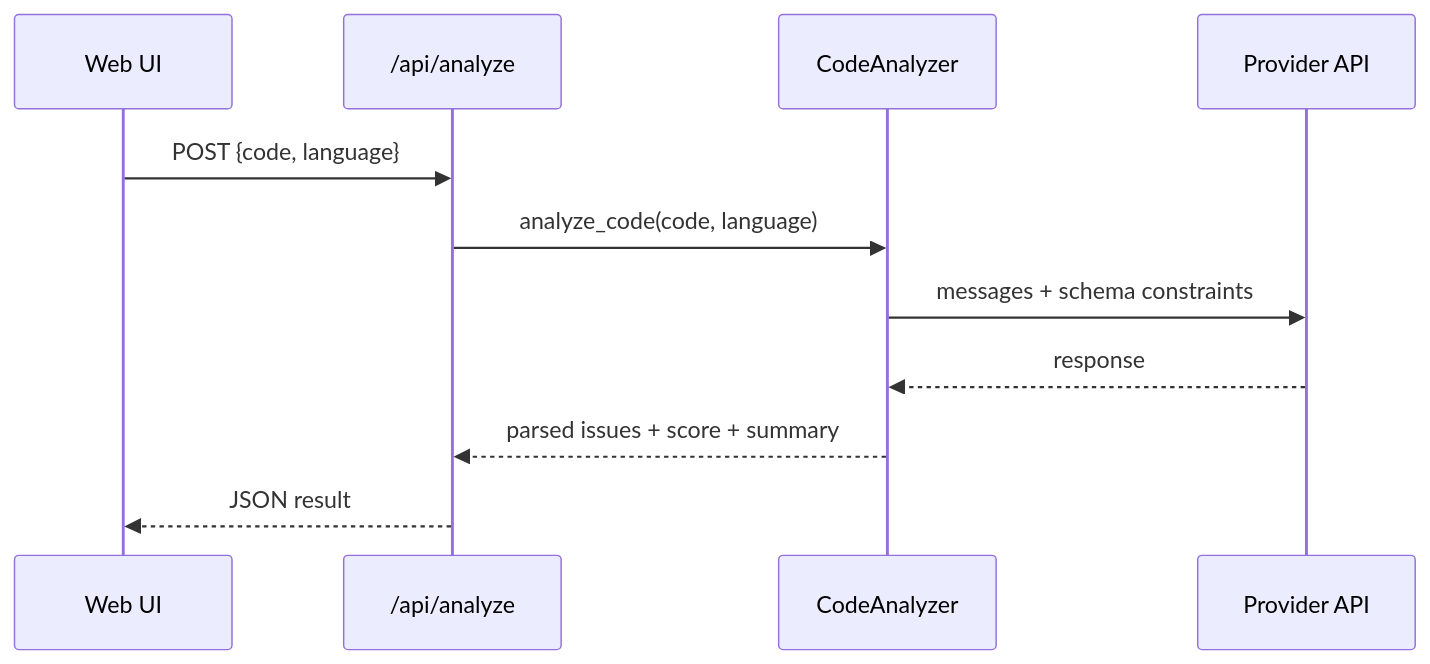
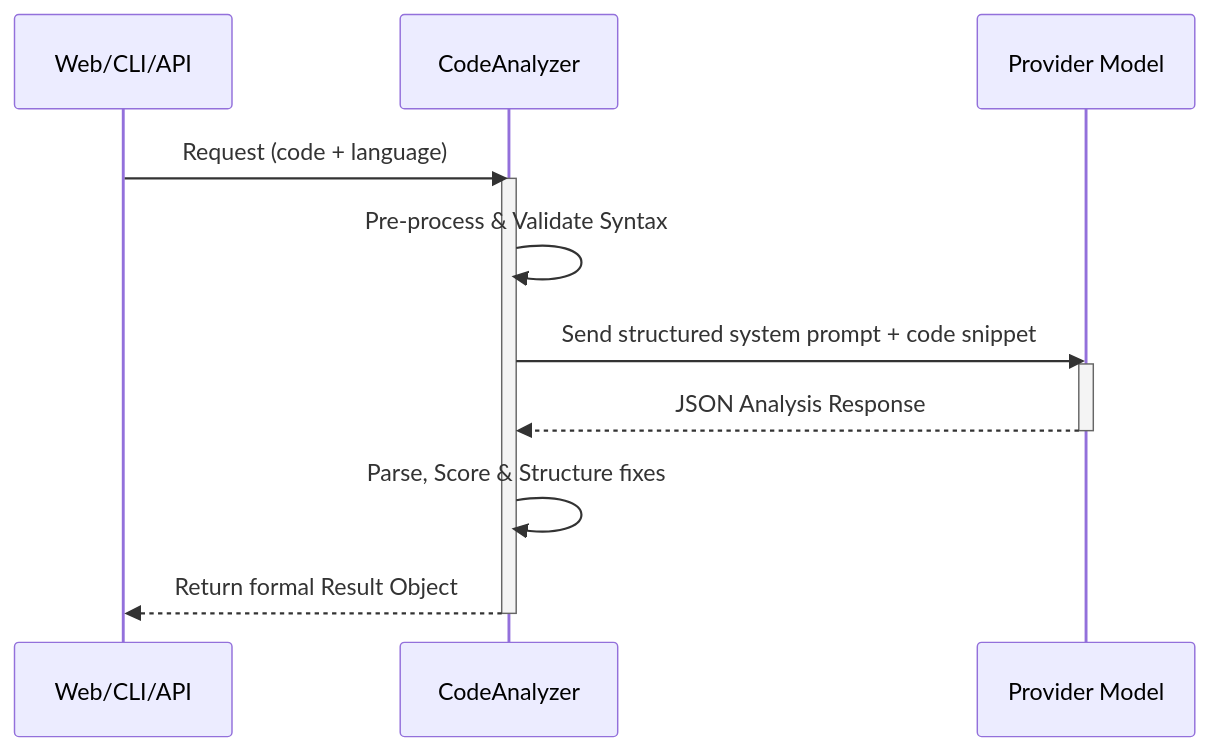
One commit to VanAnh-13/code_evaluator changed the second of 2 diagrams in README.md. Above: the diagram before and after it, drawn with Mermaid. The commit also changed other lines of this file and 1 other file, not shown here.

````diff
--- a/README.md
+++ b/README.md
@@ -125,14 +97,17 @@
 ```mermaid
 sequenceDiagram
-    participant UI as Web UI
-    participant API as /api/analyze
-    participant AN as CodeAnalyzer
-    participant LLM as Provider API
+    participant UI as Web/CLI/API
+    participant Core as CodeAnalyzer
+    participant LLM as Provider Model
 
-    UI->>API: POST {code, language}
-    API->>AN: analyze_code(code, language)
-    AN->>LLM: messages + schema constraints
-    LLM-->>AN: response
-    AN-->>API: parsed issues + score + summary
-    API-->>UI: JSON result
+    UI->>Core: Request (code + language)
+    activate Core
+    Core->>Core: Pre-process & Validate Syntax
+    Core->>LLM: Send structured system prompt + code snippet
+    activate LLM
+    LLM-->>Core: JSON Analysis Response
+    deactivate LLM
+    Core->>Core: Parse, Score & Structure fixes
+    Core-->>UI: Return formal Result Object
+    deactivate Core
 ```
````
